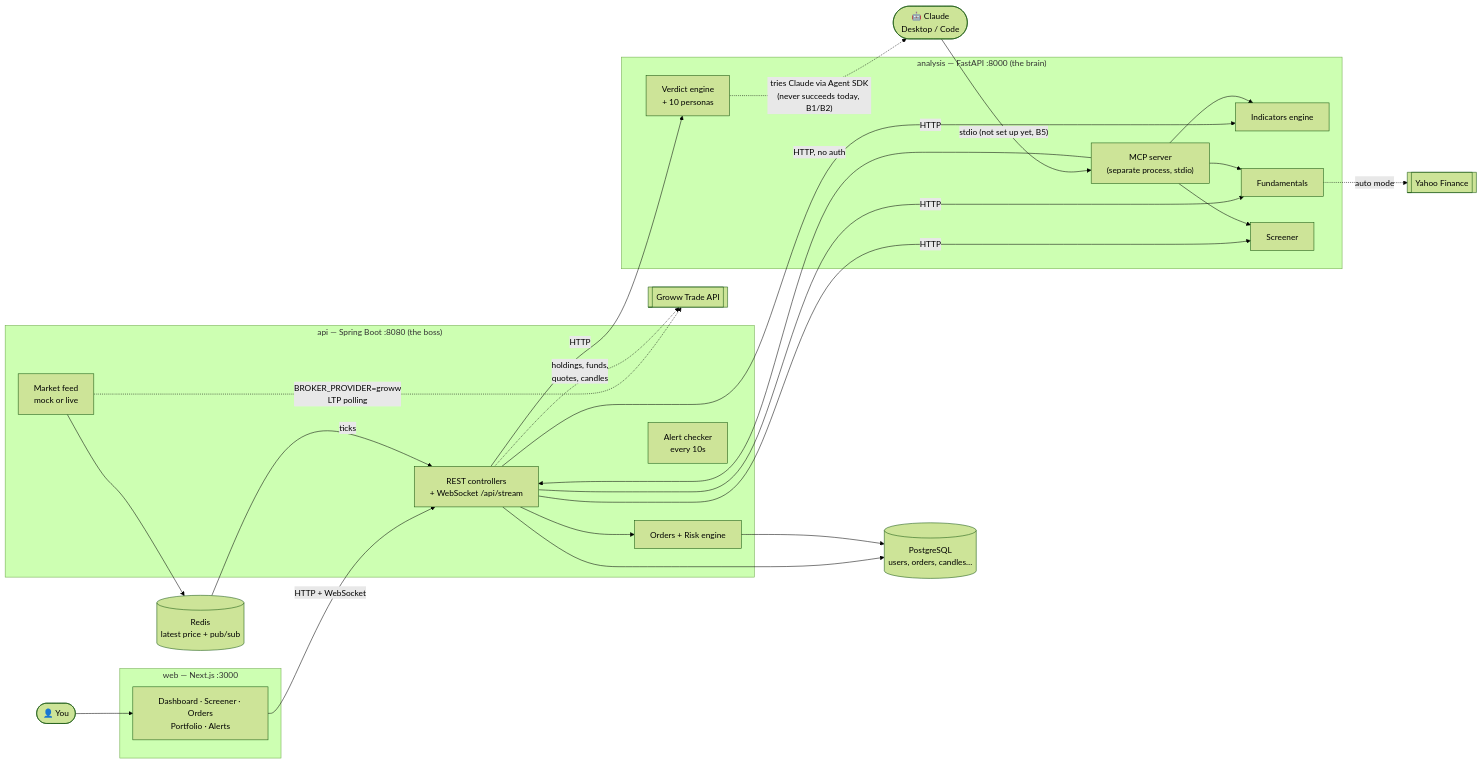
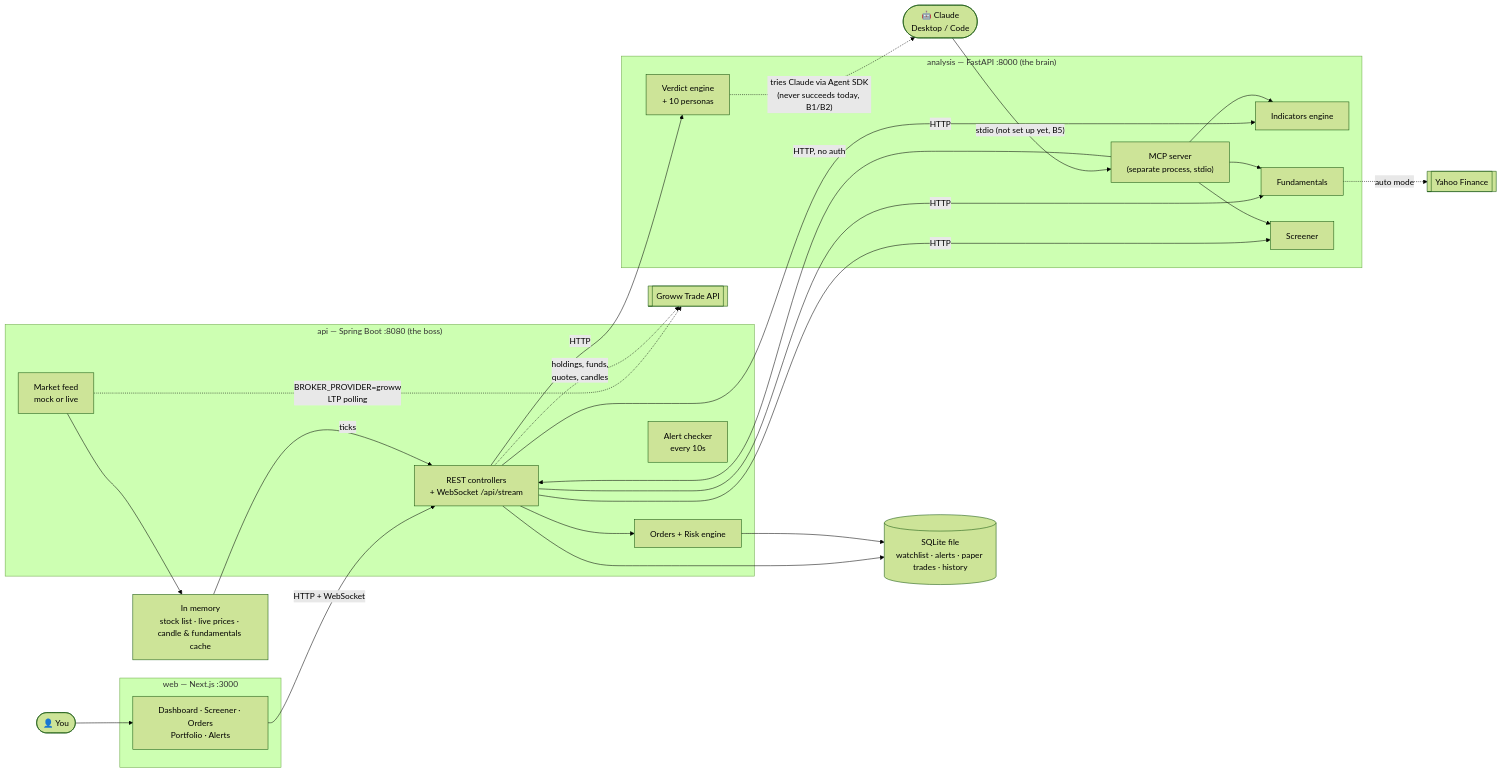
The first of 15 diagrams in docs/PROJECT_FLOW.md (letscodeshivansh/EaseTrading), drawn with Mermaid (forest theme) before and after one commit. The commit also changed other lines of this file and 1 other file, not shown here.

````diff
--- a/docs/PROJECT_FLOW.md
+++ b/docs/PROJECT_FLOW.md
@@ -130,45 +105,45 @@
 ```mermaid
 flowchart LR
     U(["👤 You"])
     CL(["🤖 Claude<br/>Desktop / Code"])
 
     subgraph WEB["web — Next.js :3000"]
       PAGES["Dashboard · Screener · Orders<br/>Portfolio · Alerts"]
     end
 
     subgraph API["api — Spring Boot :8080 (the boss)"]
       CTRL["REST controllers<br/>+ WebSocket /api/stream"]
       FEED["Market feed<br/>mock or live"]
       ORD["Orders + Risk engine"]
       ALR["Alert checker<br/>every 10s"]
     end
 
     subgraph PY["analysis — FastAPI :8000 (the brain)"]
       IND["Indicators engine"]
       FUN["Fundamentals"]
       SCR["Screener"]
       VER["Verdict engine<br/>+ 10 personas"]
       MCP["MCP server<br/>(separate process, stdio)"]
     end
 
-    PG[("PostgreSQL<br/>users, orders, candles…")]
-    RD[("Redis<br/>latest price + pub/sub")]
+    PG[("SQLite file<br/>watchlist · alerts · paper trades · history")]
+    MEM["In memory<br/>stock list · live prices · candle & fundamentals cache"]
     AO[["Groww Trade API"]]
     YF[["Yahoo Finance"]]
 
     U --> PAGES
     PAGES -- "HTTP + WebSocket" --> CTRL
     CTRL --> ORD
     CTRL -- "HTTP" --> IND & FUN & SCR & VER
-    FEED --> RD
-    RD -- "ticks" --> CTRL
+    FEED --> MEM
+    MEM -- "ticks" --> CTRL
     CTRL --> PG
     ORD --> PG
     FEED -. "BROKER_PROVIDER=groww<br/>LTP polling" .-> AO
     CTRL -. "holdings, funds,<br/>quotes, candles" .-> AO
     FUN -. "auto mode" .-> YF
     VER -. "tries Claude via Agent SDK<br/>(never succeeds today, B1/B2)" .-> CL
     CL -- "stdio (not set up yet, B5)" --> MCP
     MCP -- "HTTP, no auth" --> CTRL
     MCP --> IND & FUN & SCR
 ```
````
